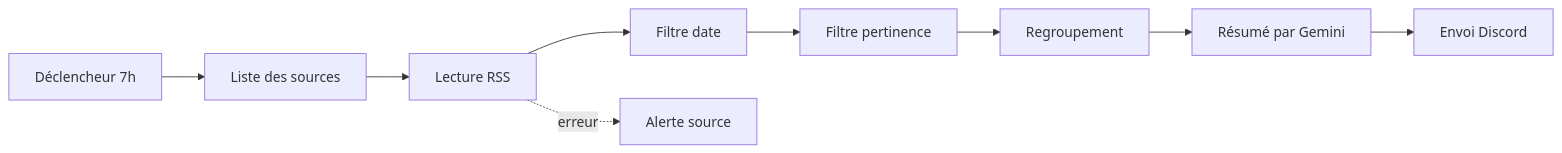
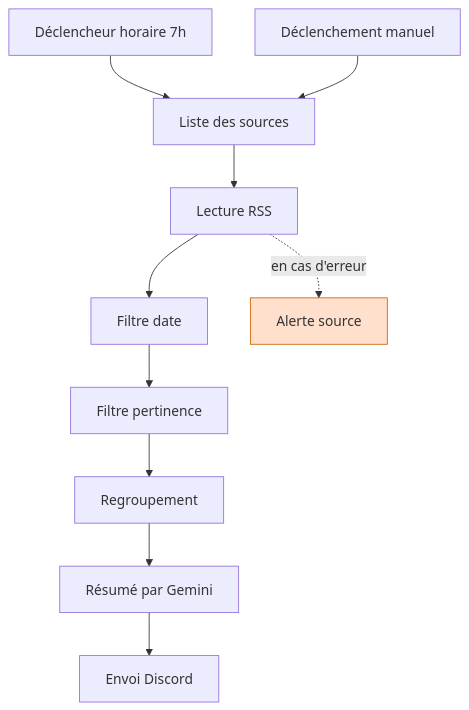
One commit to Thomas-RichardLeclerc/Veille-ia-n8n changed the diagram in README.md. Above: the diagram before and after it, drawn with Mermaid. The commit also changed other lines of this file, not shown here.

Commit message:
Ajouter le schéma de la chaîne de traitement

````diff
--- a/README.md
+++ b/README.md
@@ -1,11 +9,13 @@
 ```mermaid
-flowchart LR
-    A[Déclencheur 7h] --> B[Liste des sources]
+flowchart TD
+    A1[Déclencheur horaire 7h] --> B[Liste des sources]
+    A2[Déclenchement manuel] --> B
     B --> C[Lecture RSS]
     C --> D[Filtre date]
     D --> E[Filtre pertinence]
     E --> F[Regroupement]
     F --> G[Résumé par Gemini]
     G --> H[Envoi Discord]
-    C -. erreur .-> I[Alerte source]
+    C -. en cas d'erreur .-> I[Alerte source]
+    style I fill:#ffe0cc,stroke:#cc6600
 ```
````
